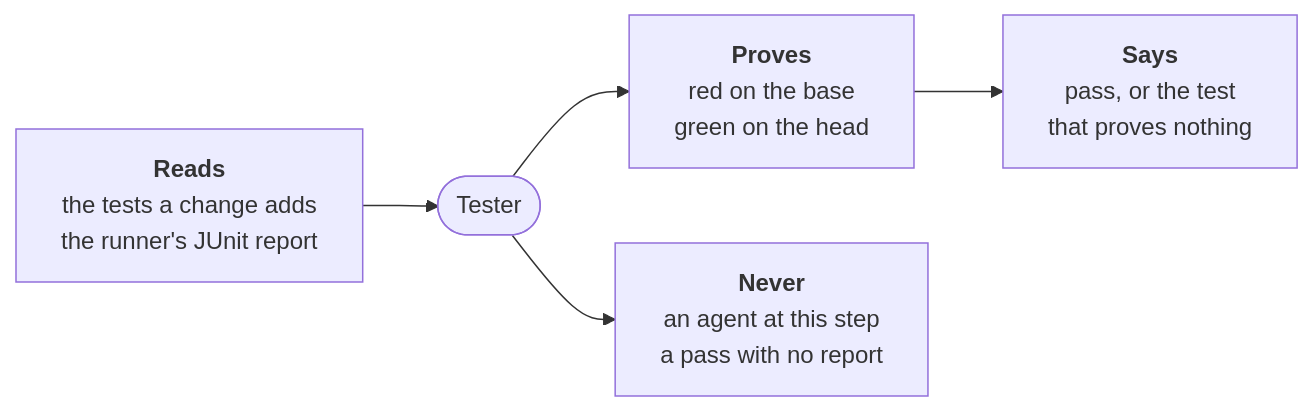
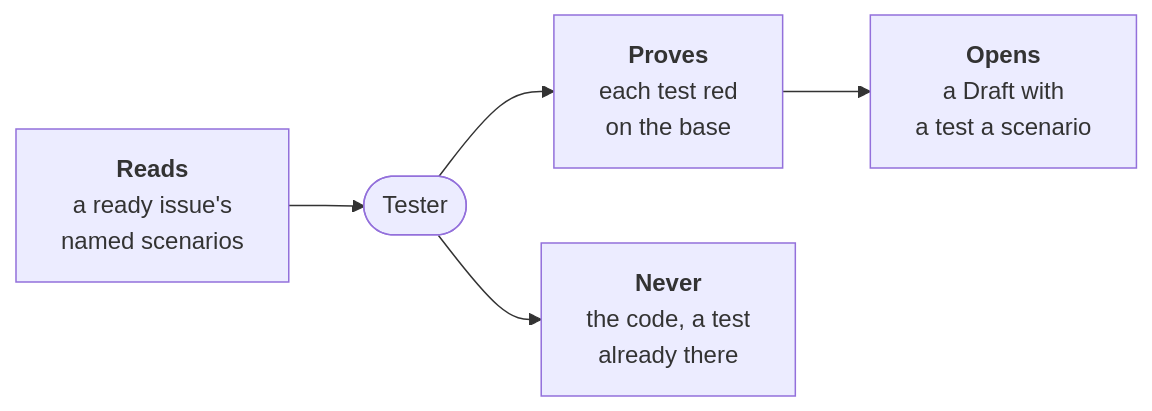
Before and after one commit to JN0V/workline: the diagram in roles/tester/README.md, drawn with Mermaid. The commit also changed other lines of this file and 49 other files, not shown here.

Commit message:
feat(tester): write a ready issue's tests, proven red, as a Draft (#652)

````diff
--- a/roles/tester/README.md
+++ b/roles/tester/README.md
@@ -10,10 +10,10 @@
 ```mermaid
 flowchart LR
-  change["<b>Reads</b><br/>the tests a change adds<br/>the runner's JUnit report"]
+  issue["<b>Reads</b><br/>a ready issue's<br/>named scenarios"]
   role(["Tester"])
-  proof["<b>Proves</b><br/>red on the base<br/>green on the head"]
-  never["<b>Never</b><br/>an agent at this step<br/>a pass with no report"]
-  out["<b>Says</b><br/>pass, or the test<br/>that proves nothing"]
-  change --> role --> proof --> out
+  proof["<b>Proves</b><br/>each test red<br/>on the base"]
+  never["<b>Never</b><br/>the code, a test<br/>already there"]
+  out["<b>Opens</b><br/>a Draft with<br/>a test a scenario"]
+  issue --> role --> proof --> out
   role --> never
 ```
````
